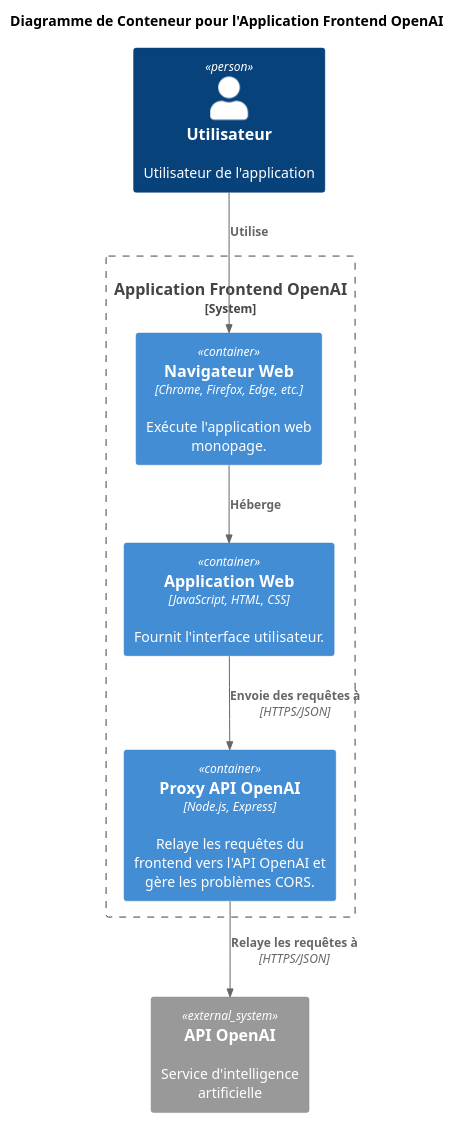
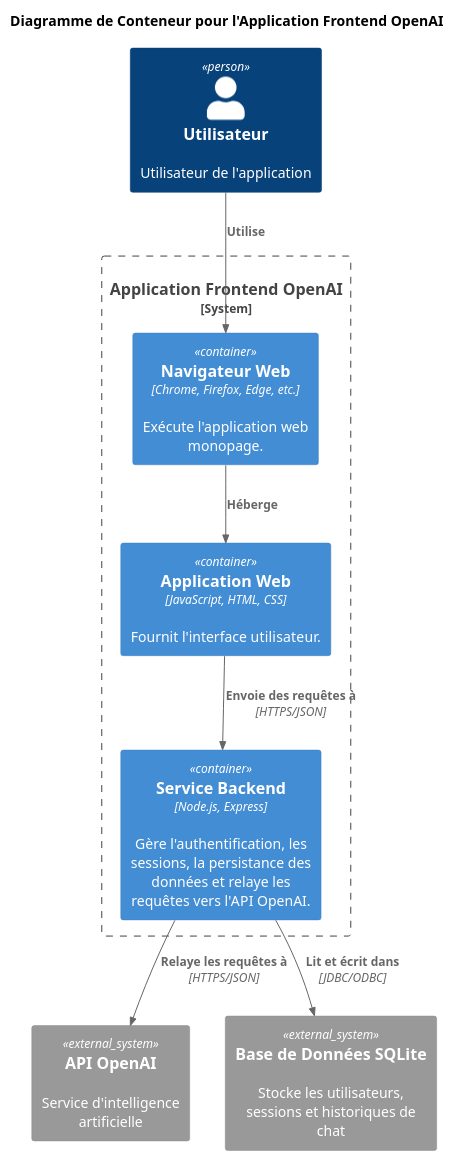
Before and after one commit to JeanPCordeiro/myAIChat: the diagram in architecture/diagrams/container.puml, drawn with PlantUML. The commit also changed 9 other files, not shown here.

Commit message:
gestion des users et sessions - conception

```diff
--- a/architecture/diagrams/container.puml
+++ b/architecture/diagrams/container.puml
@@ -1,21 +1,23 @@
 @startuml
 !include https://raw.githubusercontent.com/plantuml-stdlib/C4-PlantUML/master/C4_Container.puml
 
 title Diagramme de Conteneur pour l'Application Frontend OpenAI
 
 Person(user, "Utilisateur", "Utilisateur de l'application")
 
 System_Boundary(c1, "Application Frontend OpenAI") {
     Container(spa, "Application Web", "JavaScript, HTML, CSS", "Fournit l'interface utilisateur.")
     Container(web_browser, "Navigateur Web", "Chrome, Firefox, Edge, etc.", "Exécute l'application web monopage.")
-    Container(proxy, "Proxy API OpenAI", "Node.js, Express", "Relaye les requêtes du frontend vers l'API OpenAI et gère les problèmes CORS.")
+    Container(backend_service, "Service Backend", "Node.js, Express", "Gère l'authentification, les sessions, la persistance des données et relaye les requêtes vers l'API OpenAI.")
 }
 
 System_Ext(openai_api, "API OpenAI", "Service d'intelligence artificielle")
+System_Ext(sqlite_db, "Base de Données SQLite", "Stocke les utilisateurs, sessions et historiques de chat")
 
 Rel(user, web_browser, "Utilise")
 Rel(web_browser, spa, "Héberge")
-Rel(spa, proxy, "Envoie des requêtes à", "HTTPS/JSON")
-Rel(proxy, openai_api, "Relaye les requêtes à", "HTTPS/JSON")
+Rel(spa, backend_service, "Envoie des requêtes à", "HTTPS/JSON")
+Rel(backend_service, openai_api, "Relaye les requêtes à", "HTTPS/JSON")
+Rel(backend_service, sqlite_db, "Lit et écrit dans", "JDBC/ODBC")
 
 @enduml
```
